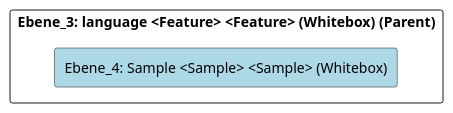
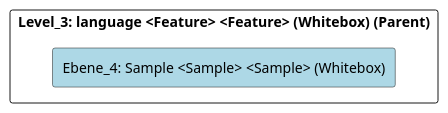
Before and after one commit to marcozwyssig/cleon: the diagram in doc/cleonproject_deliverables_architecture_model_architecture/adoc/de/05_bausteinsicht/cleon/common/language/sample/ebene_4_sample.adoc, drawn with PlantUML. The commit also changed other lines of this file and 169 other files, not shown here.

```diff
--- a/doc/cleonproject_deliverables_architecture_model_architecture/adoc/de/05_bausteinsicht/cleon/common/language/sample/ebene_4_sample.adoc
+++ b/doc/cleonproject_deliverables_architecture_model_architecture/adoc/de/05_bausteinsicht/cleon/common/language/sample/ebene_4_sample.adoc
@@ -20,24 +20,24 @@
 [plantuml, Ebene_4: Sample <Sample> <Sample> (Whitebox)BlockOverview, format="svg"]
 ----
 @startuml Ebene_4: Sample <Sample> <Sample> (Whitebox)BuildingBlockOverview
 
 skinparam ranksep 10
 skinparam componentStyle rectangle
 skinparam shadowing false
 skinparam arrowColor lightblue
 skinparam arrowThickness 1.2
 skinparam rectangle {
   BackgroundColor White
   BorderColor #333
   RoundCorner 10
 }
 top to bottom direction
 
-component "Ebene_3: language <Feature> <Feature> (Whitebox) (Parent)" {
+component "Level_3: language <Feature> <Feature> (Whitebox) (Parent)" {
     component "Ebene_4: Sample <Sample> <Sample> (Whitebox)" #lightblue {
     }
 
 }
 
 @enduml
 ----
```
